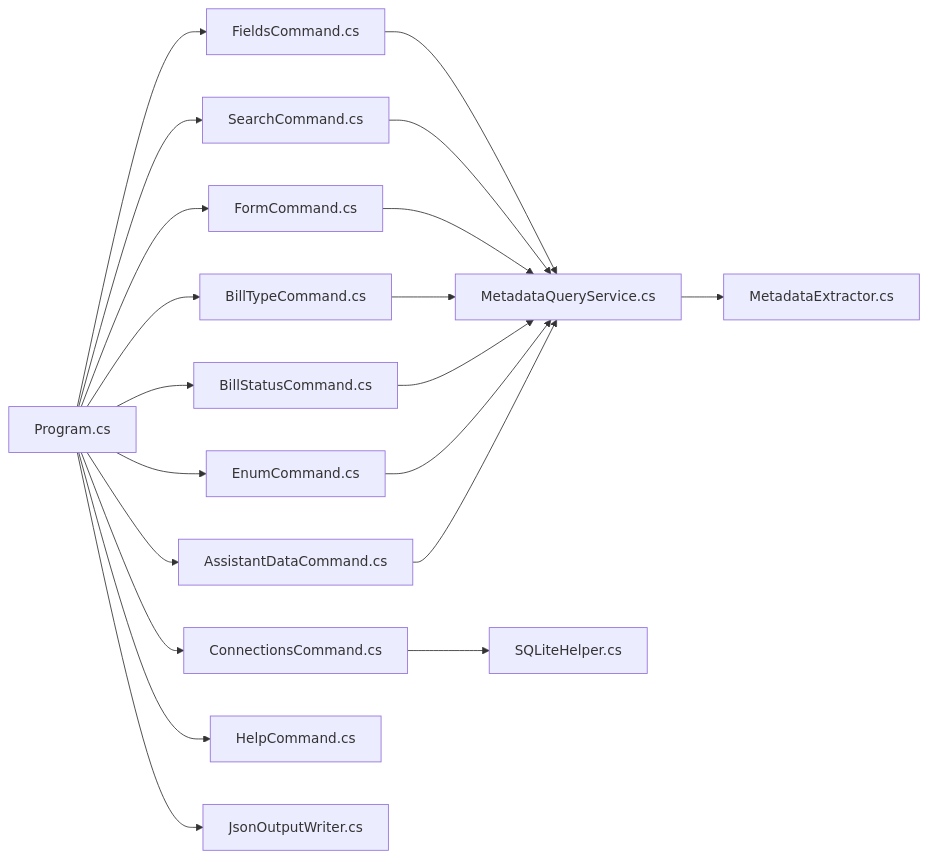
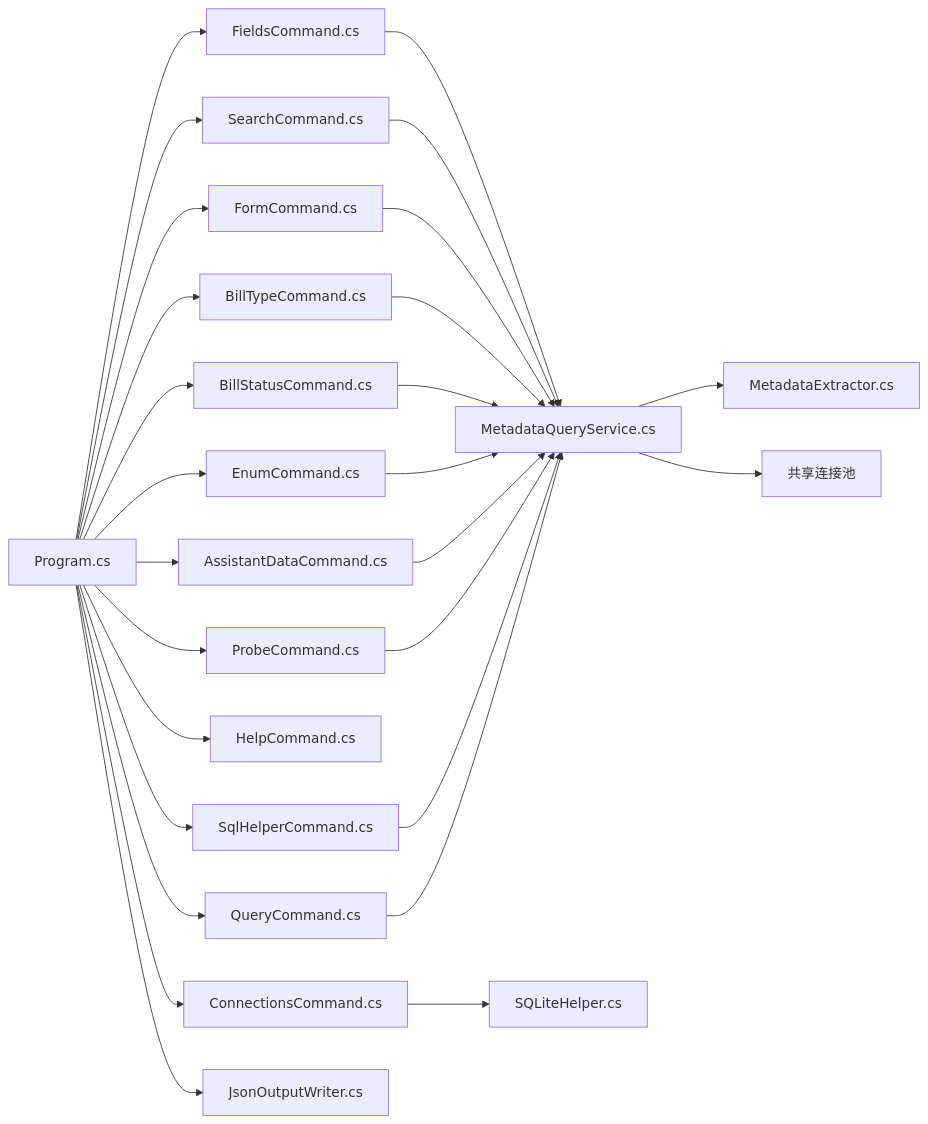
One commit to 15980282969/K3CloudDataDictionary changed the seventh of 7 diagrams in .qoder/repowiki/zh/content/命令行工具/使用示例与最佳实践.md. Above: the diagram before and after it, drawn with Mermaid. The commit also changed other lines of this file and 1 other file, not shown here.

````diff
--- a/.qoder/repowiki/zh/content/命令行工具/使用示例与最佳实践.md
+++ b/.qoder/repowiki/zh/content/命令行工具/使用示例与最佳实践.md
@@ -243,22 +291,29 @@
 ```mermaid
 graph LR
 Program["Program.cs"] --> Fields["FieldsCommand.cs"]
 Program --> Search["SearchCommand.cs"]
 Program --> Form["FormCommand.cs"]
 Program --> BillType["BillTypeCommand.cs"]
 Program --> BillStatus["BillStatusCommand.cs"]
 Program --> Enum["EnumCommand.cs"]
 Program --> Assistant["AssistantDataCommand.cs"]
 Program --> Conn["ConnectionsCommand.cs"]
 Program --> Help["HelpCommand.cs"]
+Program --> Probe["ProbeCommand.cs"]
+Program --> Sql["SqlHelperCommand.cs"]
+Program --> Query["QueryCommand.cs"]
 Program --> Json["JsonOutputWriter.cs"]
 Fields --> Service["MetadataQueryService.cs"]
 Search --> Service
 Form --> Service
 BillType --> Service
 BillStatus --> Service
 Enum --> Service
 Assistant --> Service
 Conn --> SQLite["SQLiteHelper.cs"]
+Probe --> Service
+Sql --> Service
+Query --> Service
 Service --> Meta["MetadataExtractor.cs"]
+Service --> SharedConn["共享连接池"]
 ```
````
